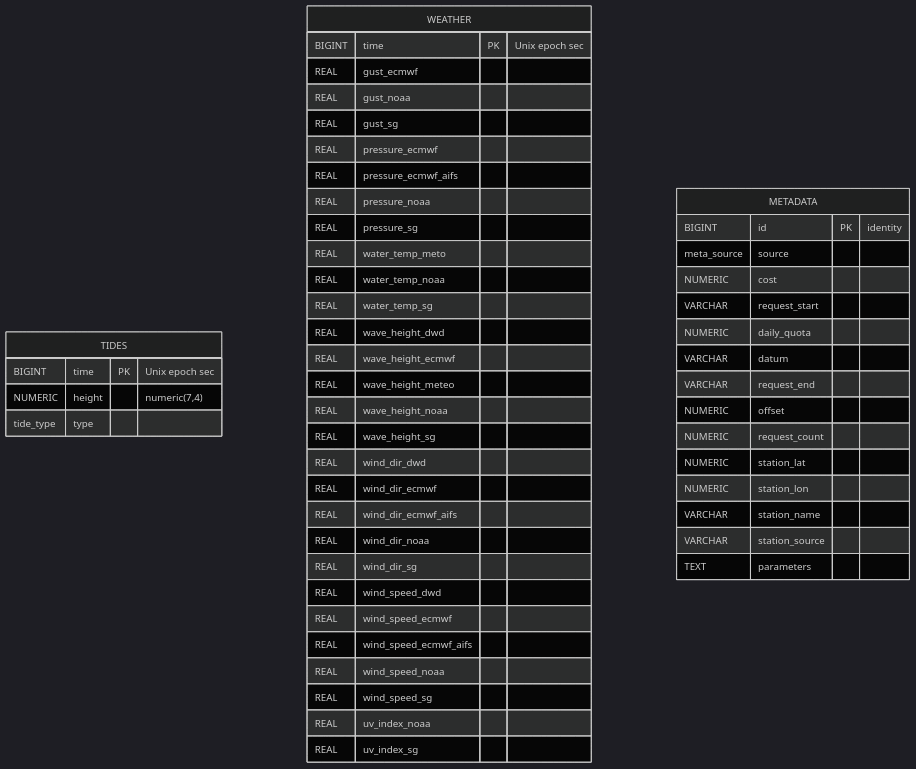
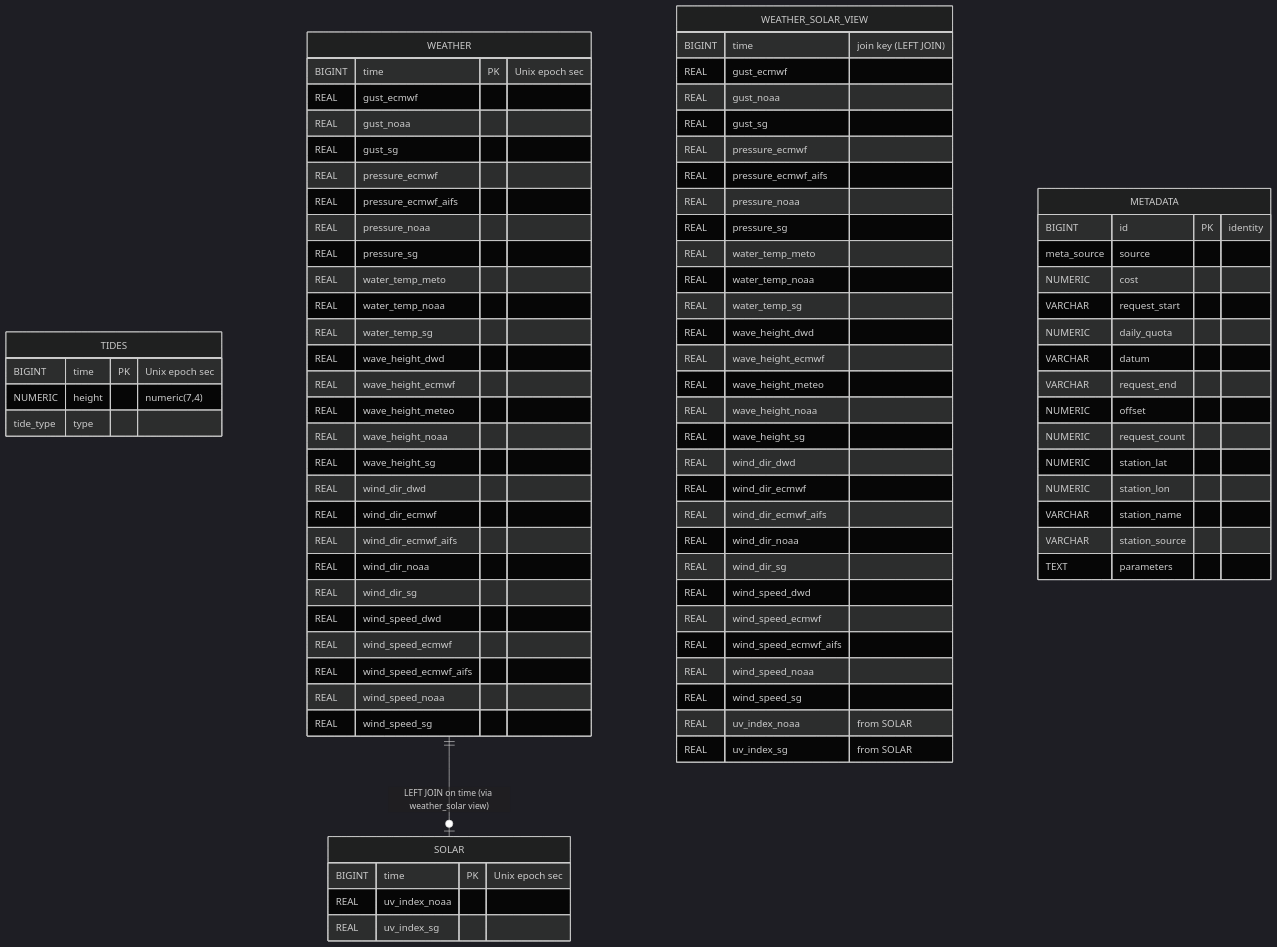
One commit to sifr01/tide-n-weather-guide changed the diagram in netlify_deployment/tide-n-weather-guide/src/db/SCHEMA_README.md. Above: the diagram before and after it, drawn with Mermaid (dark theme). The commit also changed other lines of this file, not shown here.

First line of the commit message:
db: extract solar UV data into dedicated table; add weather_solar view

````diff
--- a/netlify_deployment/tide-n-weather-guide/src/db/SCHEMA_README.md
+++ b/netlify_deployment/tide-n-weather-guide/src/db/SCHEMA_README.md
@@ -93,8 +101,43 @@
             REAL wind_speed_ecmwf_aifs
             REAL wind_speed_noaa
             REAL wind_speed_sg
+      }
+
+      SOLAR {
+            BIGINT time PK "Unix epoch sec"
             REAL uv_index_noaa
             REAL uv_index_sg
+      }
+
+      WEATHER_SOLAR_VIEW {
+            BIGINT time "join key (LEFT JOIN)"
+            REAL gust_ecmwf
+            REAL gust_noaa
+            REAL gust_sg
+            REAL pressure_ecmwf
+            REAL pressure_ecmwf_aifs
+            REAL pressure_noaa
+            REAL pressure_sg
+            REAL water_temp_meto
+            REAL water_temp_noaa
+            REAL water_temp_sg
+            REAL wave_height_dwd
+            REAL wave_height_ecmwf
+            REAL wave_height_meteo
+            REAL wave_height_noaa
+            REAL wave_height_sg
+            REAL wind_dir_dwd
+            REAL wind_dir_ecmwf
+            REAL wind_dir_ecmwf_aifs
+            REAL wind_dir_noaa
+            REAL wind_dir_sg
+            REAL wind_speed_dwd
+            REAL wind_speed_ecmwf
+            REAL wind_speed_ecmwf_aifs
+            REAL wind_speed_noaa
+            REAL wind_speed_sg
+            REAL uv_index_noaa "from SOLAR"
+            REAL uv_index_sg "from SOLAR"
       }
 
       METADATA {
@@ -114,5 +157,6 @@
             TEXT parameters
       }
 
+      WEATHER ||--o| SOLAR : "LEFT JOIN on time (via weather_solar view)"
       %% No FK relationships — metadata is an audit log
 ```
````
